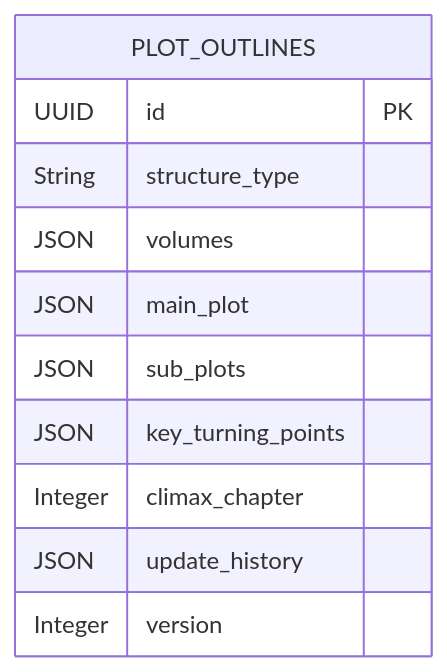
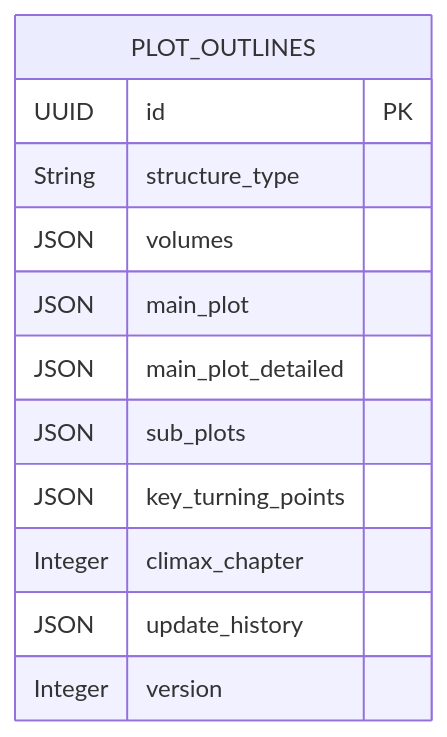
Before and after one commit to xfbyxq/ai-novel-system: the ninth of 15 diagrams in .qoder/repowiki/zh/content/后端架构/数据库设计.md, drawn with Mermaid. The commit also changed other lines of this file and 11 other files, not shown here.

````diff
--- a/.qoder/repowiki/zh/content/后端架构/数据库设计.md
+++ b/.qoder/repowiki/zh/content/后端架构/数据库设计.md
@@ -472,14 +628,15 @@
 ```mermaid
 erDiagram
 PLOT_OUTLINES {
 UUID id PK
 String structure_type
 JSON volumes
 JSON main_plot
+JSON main_plot_detailed
 JSON sub_plots
 JSON key_turning_points
 Integer climax_chapter
 JSON update_history
 Integer version
 }
 ```
````
